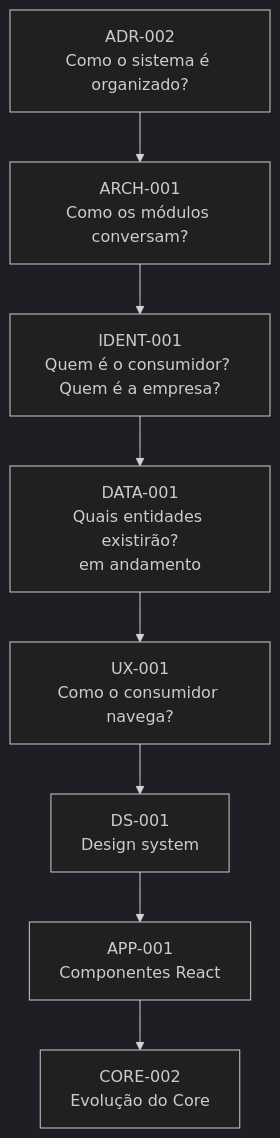
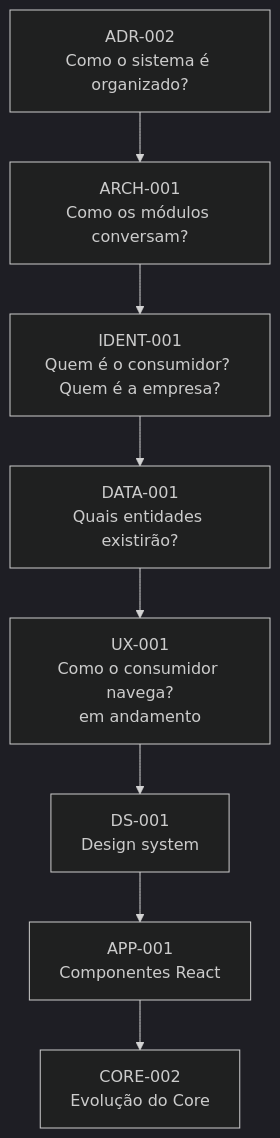
Before and after one commit to BrightEcosystem/Bright-Platform: the diagram in PROJECT-ROADMAP.md, drawn with Mermaid (dark theme). The commit also changed other lines of this file and 4 other files, not shown here.

````diff
--- a/PROJECT-ROADMAP.md
+++ b/PROJECT-ROADMAP.md
@@ -31,10 +31,10 @@
 ```mermaid
 graph TD
     ADR002[ADR-002<br/>Como o sistema é organizado?] --> ARCH001[ARCH-001<br/>Como os módulos conversam?]
     ARCH001 --> IDENT001[IDENT-001<br/>Quem é o consumidor? Quem é a empresa?]
-    IDENT001 --> DATA001[DATA-001<br/>Quais entidades existirão?<br/>em andamento]
-    DATA001 --> UX001[UX-001<br/>Como o consumidor navega?]
+    IDENT001 --> DATA001[DATA-001<br/>Quais entidades existirão?]
+    DATA001 --> UX001[UX-001<br/>Como o consumidor navega?<br/>em andamento]
     UX001 --> DS001[DS-001<br/>Design system]
     DS001 --> APP001[APP-001<br/>Componentes React]
     APP001 --> CORE002[CORE-002<br/>Evolução do Core]
 ```
````
